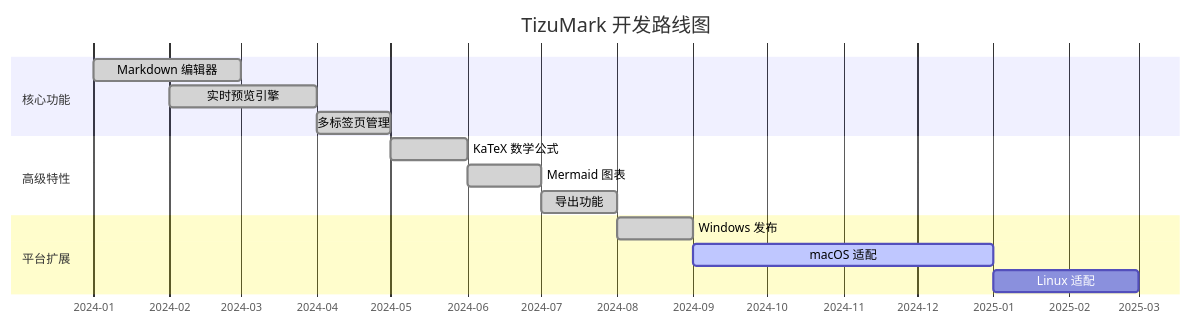
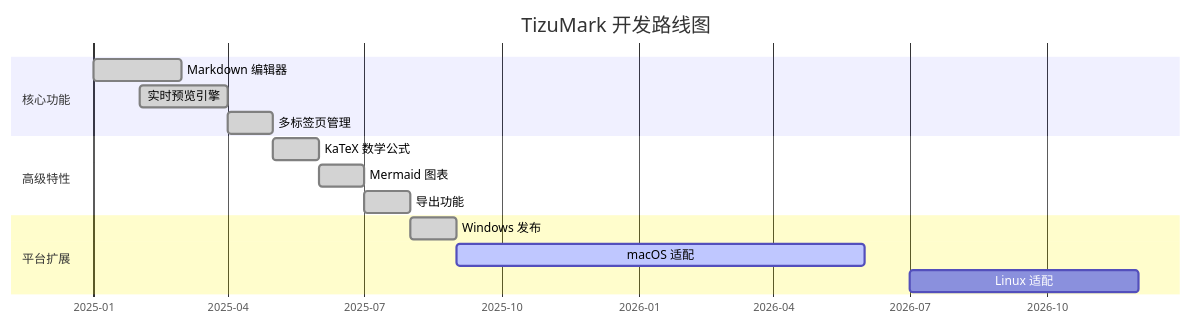
Before and after one commit to AlexIllinois2/TizuMark: the third of 10 diagrams in testdemo.md, drawn with Mermaid. The commit also changed other lines of this file and 9 other files, not shown here.

````diff
--- a/testdemo.md
+++ b/testdemo.md
@@ -497,21 +503,21 @@
 ```mermaid
 gantt
     title TizuMark 开发路线图
     dateFormat  YYYY-MM
     axisFormat  %Y-%m
 
     section 核心功能
-    Markdown 编辑器       :done,    core1, 2024-01, 2024-03
-    实时预览引擎          :done,    core2, 2024-02, 2024-04
-    多标签页管理          :done,    core3, 2024-04, 2024-05
+    Markdown 编辑器       :done,    core1, 2025-01, 2025-03
+    实时预览引擎          :done,    core2, 2025-02, 2025-04
+    多标签页管理          :done,    core3, 2025-04, 2025-05
 
     section 高级特性
-    KaTeX 数学公式        :done,    adv1, 2024-05, 2024-06
-    Mermaid 图表           :done,    adv2, 2024-06, 2024-07
-    导出功能              :done,    adv3, 2024-07, 2024-08
+    KaTeX 数学公式        :done,    adv1, 2025-05, 2025-06
+    Mermaid 图表           :done,    adv2, 2025-06, 2025-07
+    导出功能              :done,    adv3, 2025-07, 2025-08
 
     section 平台扩展
-    Windows 发布           :done,    plat1, 2024-08, 2024-09
-    macOS 适配             :active,  plat2, 2024-09, 2025-01
-    Linux 适配             :         plat3, 2025-01, 2025-03
+    Windows 发布           :done,    plat1, 2025-08, 2025-09
+    macOS 适配             :active,  plat2, 2025-09, 2026-06
+    Linux 适配             :         plat3, 2026-07, 2026-12
 ```
````
